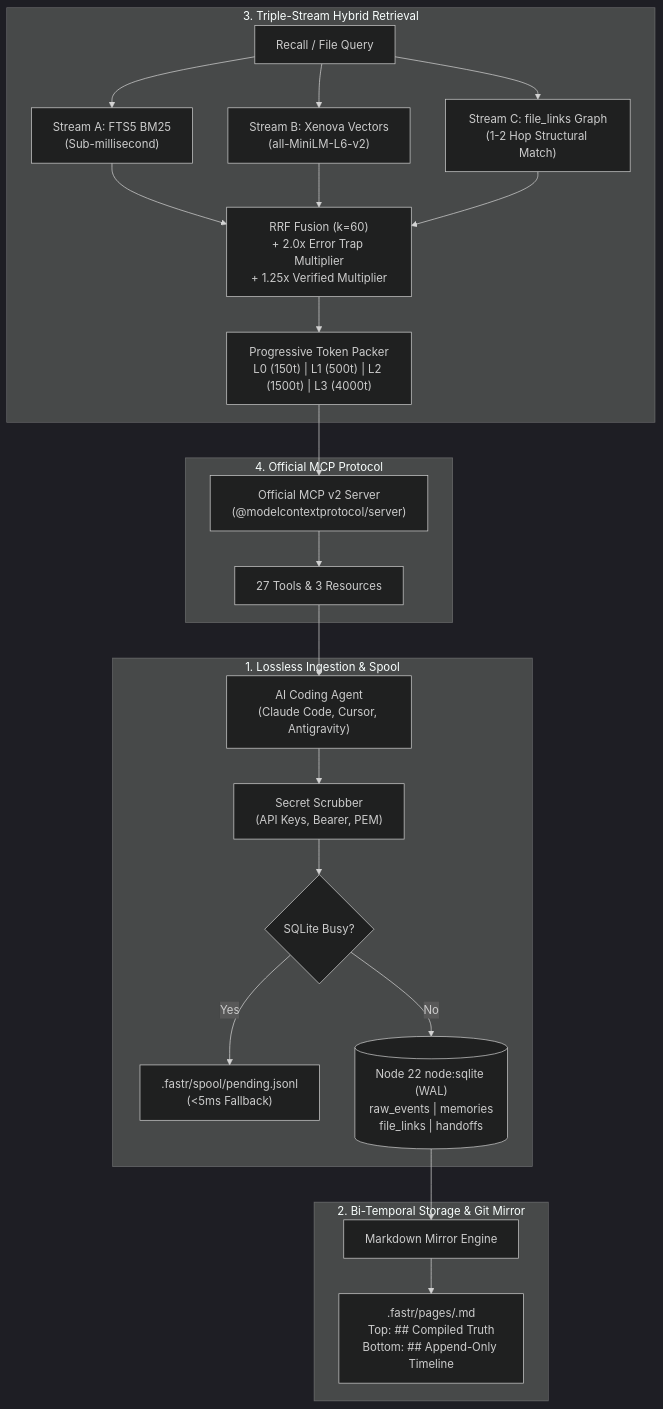
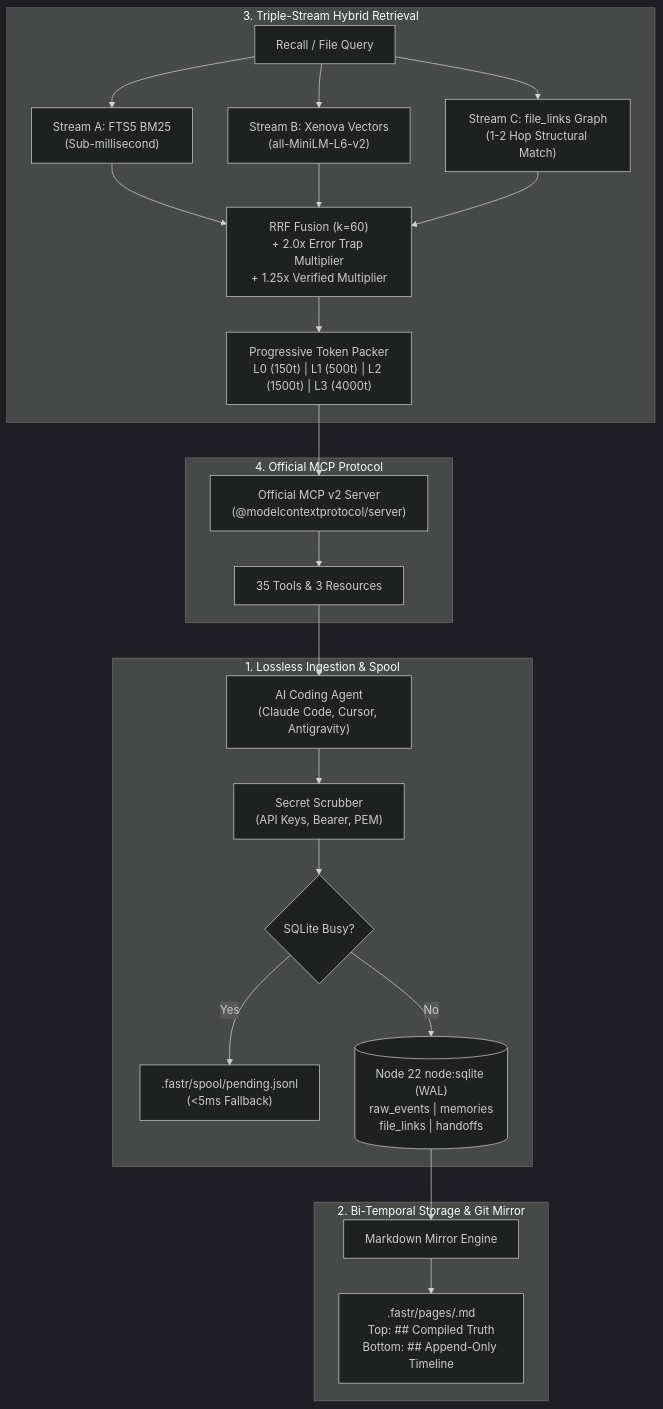
One commit to atifjubaer/fastrmemory changed the diagram in README.md. Above: the diagram before and after it, drawn with Mermaid (dark theme). The commit also changed other lines of this file and 17 other files, not shown here.

````diff
--- a/README.md
+++ b/README.md
@@ -374,29 +389,29 @@
 ```mermaid
 flowchart TD
     subgraph Ingestion["1. Lossless Ingestion & Spool"]
         Agent["AI Coding Agent\n(Claude Code, Cursor, Antigravity)"] --> Scrubber["Secret Scrubber\n(API Keys, Bearer, PEM)"]
         Scrubber --> Spool{"SQLite Busy?"}
         Spool -- Yes --> SpoolFile[".fastr/spool/pending.jsonl\n(<5ms Fallback)"]
         Spool -- No --> DB
     end
 
     subgraph Storage["2. Bi-Temporal Storage & Git Mirror"]
         DB[("Node 22 node:sqlite (WAL)\nraw_events | memories\nfile_links | handoffs")]
         DB --> Mirror["Markdown Mirror Engine"]
         Mirror --> Pages[".fastr/pages/<module>.md\nTop: ## Compiled Truth\nBottom: ## Append-Only Timeline"]
     end
 
     subgraph Search["3. Triple-Stream Hybrid Retrieval"]
         Query["Recall / File Query"] --> FTS["Stream A: FTS5 BM25\n(Sub-millisecond)"]
         Query --> Vec["Stream B: Xenova Vectors\n(all-MiniLM-L6-v2)"]
         Query --> Graph["Stream C: file_links Graph\n(1-2 Hop Structural Match)"]
         FTS & Vec & Graph --> RRF["RRF Fusion (k=60)\n+ 2.0x Error Trap Multiplier\n+ 1.25x Verified Multiplier"]
         RRF --> Budget["Progressive Token Packer\nL0 (150t) | L1 (500t) | L2 (1500t) | L3 (4000t)"]
     end
 
     subgraph Protocol["4. Official MCP Protocol"]
         Budget --> MCPServer["Official MCP v2 Server\n(@modelcontextprotocol/server)"]
-        MCPServer --> Tools["27 Tools & 3 Resources"]
+        MCPServer --> Tools["35 Tools & 3 Resources"]
         Tools --> Agent
     end
 ```
````
